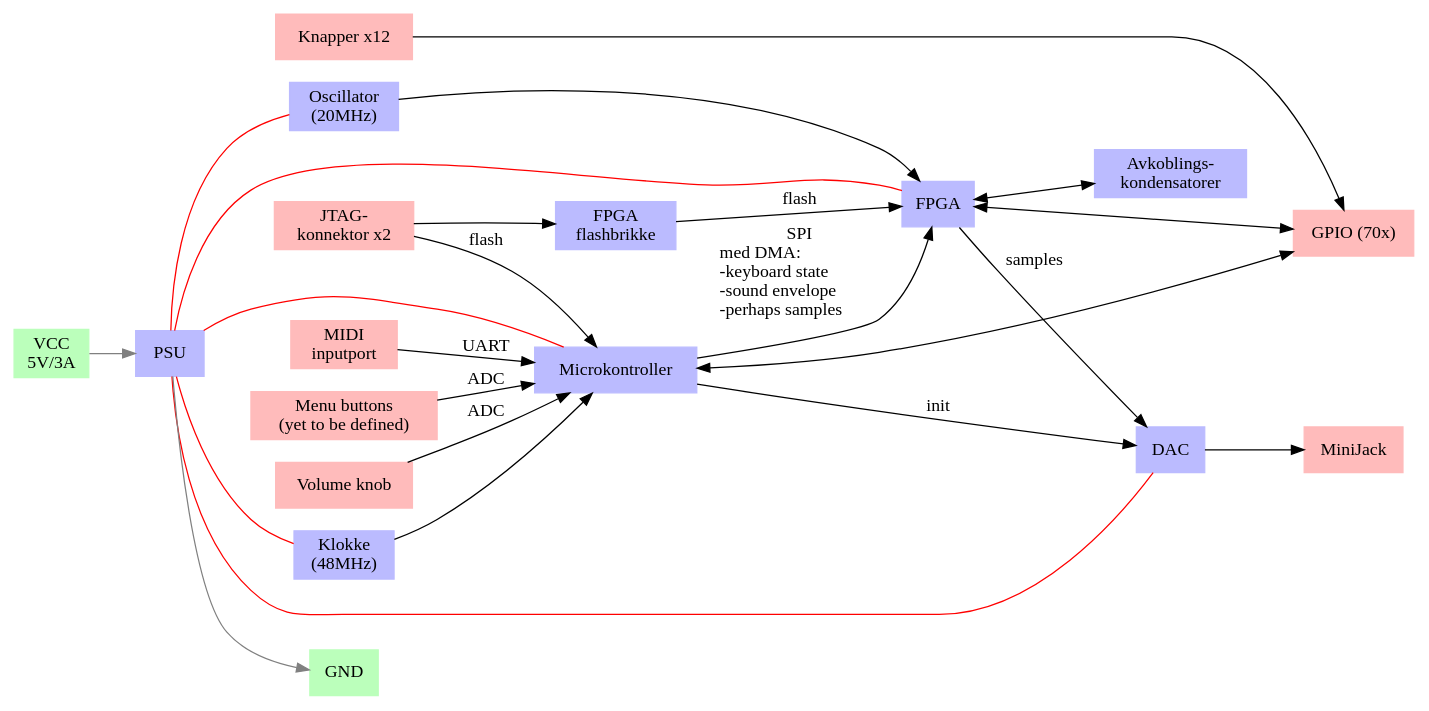
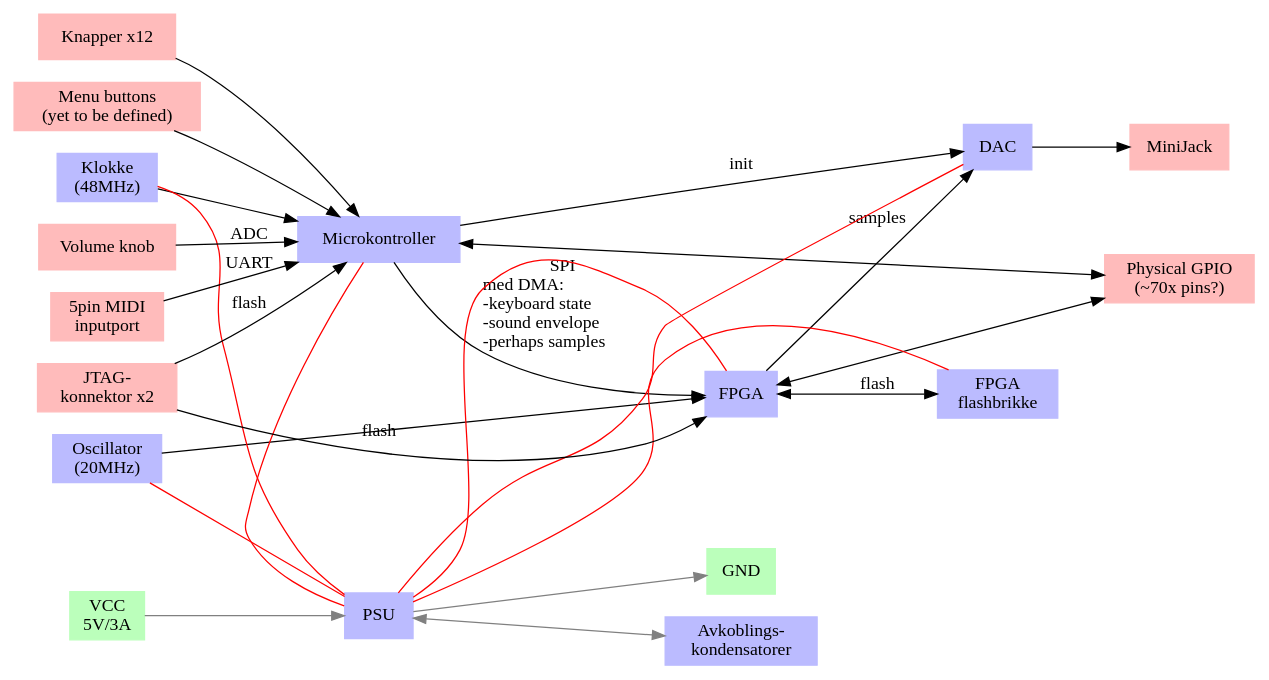
One commit to TDT4295-2019-groupA/planning changed the diagram in pcb.dot. Above: the diagram before and after it, drawn with Graphviz. The commit also changed 2 other files, not shown here.

```diff
--- a/pcb.dot
+++ b/pcb.dot
@@ -1,78 +1,78 @@
 digraph G {
 	rankdir=LR;
 	overlap=false;
 //	concentrate=true
 
 	node [shape=box, style="filled", color="#bbbbff"]
 
 	dac           [label="DAC"]
 	fpga          [label="FPGA"]
 	micro         [label="Microkontroller"]
 	clk           [label="Klokke\n(48MHz)"]
 	osc           [label="Oscillator\n(20MHz)"]
 	flash         [label="FPGA\nflashbrikke"]
 	PSU
 	caps          [label="Avkoblings-\nkondensatorer"]
 
 	{rank=same;clk;osc}
 
 	node [color="#ffbbbb"]
 	jtag          [label="JTAG-\nkonnektor x2"]
-	midi          [label="MIDI\ninputport"]
+	midi          [label="5pin MIDI\ninputport"]
 	btn           [label="Knapper x12"]
 	btn2          [label="Menu buttons\n(yet to be defined)"]
 	vol           [label="Volume knob"]
-	gpio          [label="GPIO (70x)"]
+	gpio          [label="Physical GPIO\n(~70x pins?)\n"]
 	jack          [label="MiniJack"]
 	{rank=same;jtag;midi;btn;btn2;}
 	{rank=same;gpio;jack;}
 
 	node [color="#bbffbb"]
 	VCC           [label="VCC\n5V/3A"]
 	GND
 	//{rank=same;VCC;GND;}
 
 	// input
 	jtag -> micro [label="flash"]
-	jtag -> flash
+	jtag -> fpga [label="flash"]
 	midi -> micro [label="UART"]
-	btn -> gpio   [label=""]
+	btn -> micro   [label=""]
 	//btn -> micro  [label="ADC"]
-	btn2 -> micro [label="ADC"]
+	btn2 -> micro
 	vol -> micro  [label="ADC"]
 
 	micro -> gpio [dir=both]
 	fpga  -> gpio [dir=both]
 	//micro -> gpio -> micro
 	//fpga -> gpio -> fpga
 
 	// output
 	dac -> jack
 
 	// internal
-	flash -> fpga [label="flash"]
+	fpga -> flash [dir=both, label="flash"]
 	micro -> fpga [label="SPI\nmed DMA:\l-keyboard state\l-sound envelope\l-perhaps samples\l"]
 	micro -> dac  [label="init"]
 	fpga -> dac   [label="samples"]
-	fpga -> caps  [dir=both]
 
 	clk -> micro
 	osc -> fpga
 
 
-
-	edge [color="red", dir=none]
+	edge [color="red", dir=none, constraint=false]
+	PSU -> dac
 	PSU -> fpga
 	PSU -> micro
 	PSU -> clk
 	PSU -> osc
-	PSU -> dac
+	PSU -> flash
 
-	edge [color="gray", dir=forward]
+	edge [color="gray", dir=forward, constraint=true]
+	PSU -> caps  [dir=both]
 	VCC -> PSU -> GND
 	/*
 	VCC -> midi -> GND
 	jack -> GND
 
 	/**/
 }
```
